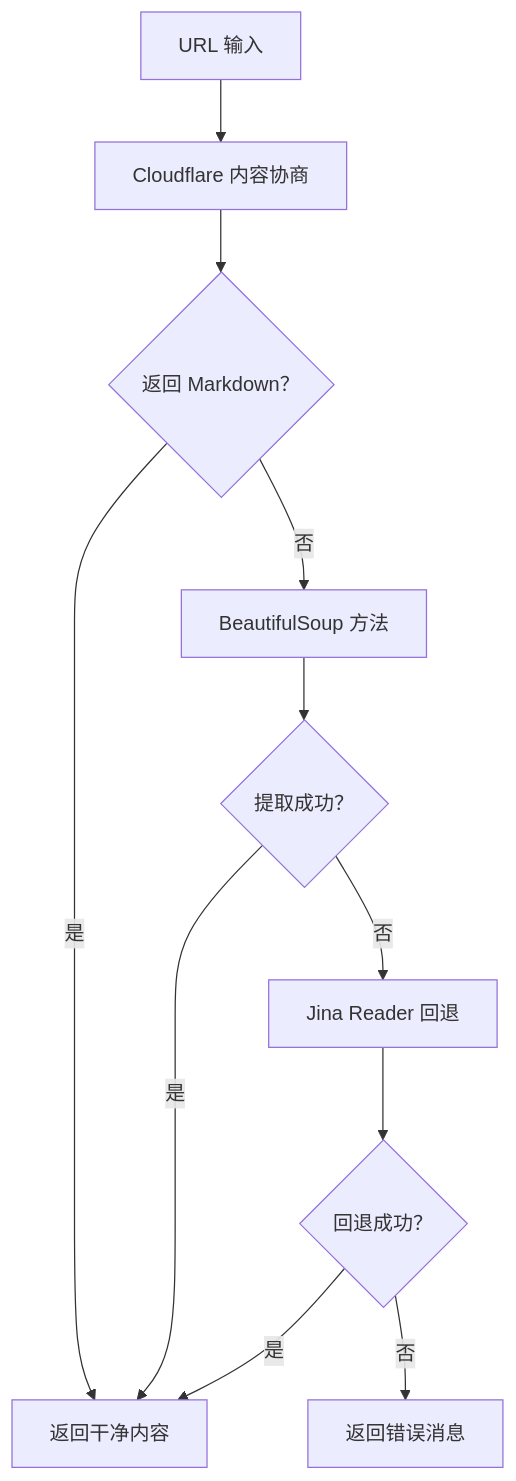
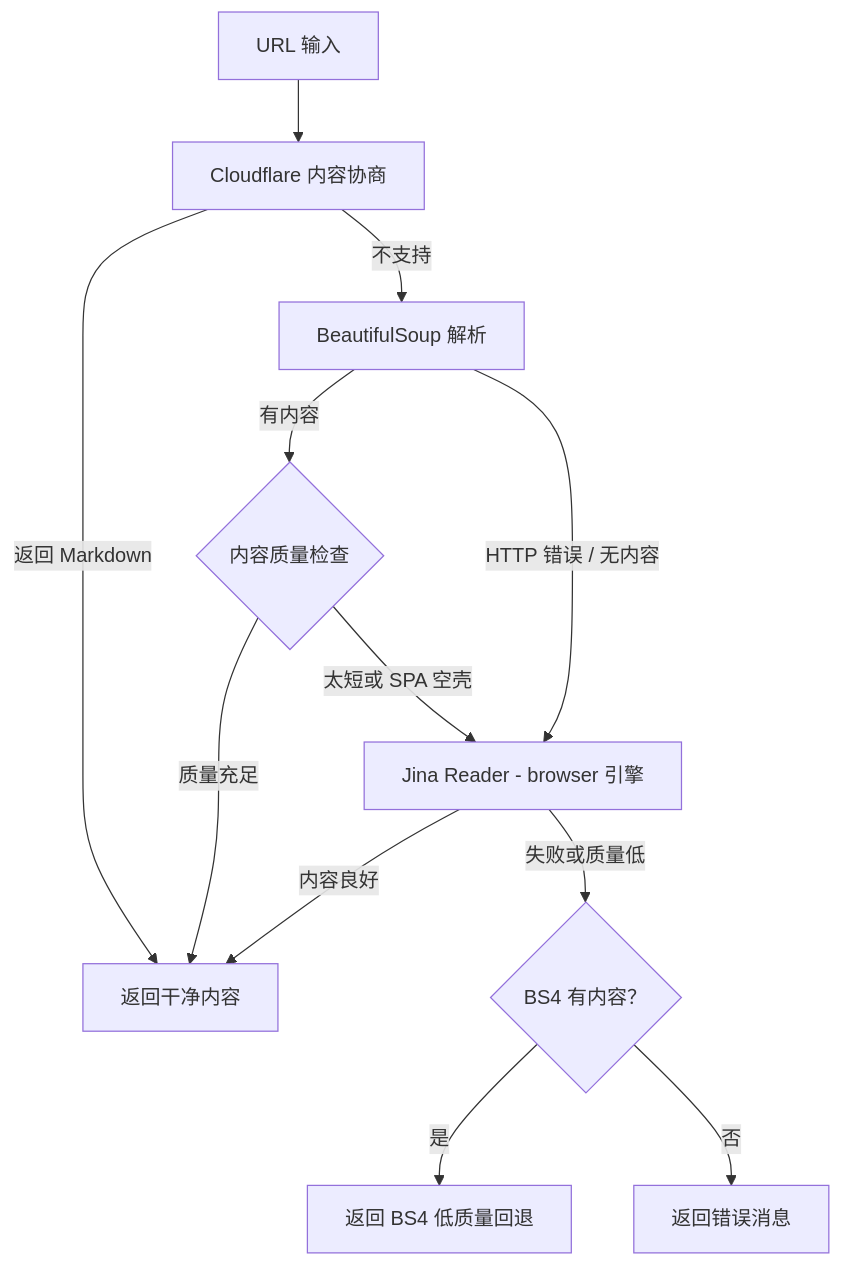
One commit to Oaklight/toolregistry-hub changed the diagram in docs/tools/websearch/web_fetch_tool.md. Above: the diagram before and after it, drawn with Mermaid. The commit also changed other lines of this file, not shown here.

````diff
--- a/docs/tools/websearch/web_fetch_tool.md
+++ b/docs/tools/websearch/web_fetch_tool.md
@@ -77,13 +78,14 @@
 ```mermaid
-graph TD
+flowchart TD
     A[URL 输入] --> B[Cloudflare 内容协商]
-    B --> C{返回 Markdown？}
-    C -->|是| D[返回干净内容]
-    C -->|否| E[BeautifulSoup 方法]
-    E --> F{提取成功？}
-    F -->|是| D
-    F -->|否| G[Jina Reader 回退]
-    G --> H{回退成功？}
-    H -->|是| D
-    H -->|否| I[返回错误消息]
+    B -->|返回 Markdown| Z[返回干净内容]
+    B -->|不支持| C[BeautifulSoup 解析]
+    C -->|有内容| D{内容质量检查}
+    D -->|质量充足| Z
+    C -->|HTTP 错误 / 无内容| F
+    D -->|太短或 SPA 空壳| F[Jina Reader - browser 引擎]
+    F -->|内容良好| Z
+    F -->|失败或质量低| G{BS4 有内容？}
+    G -->|是| H[返回 BS4 低质量回退]
+    G -->|否| I[返回错误消息]
 ```
````
